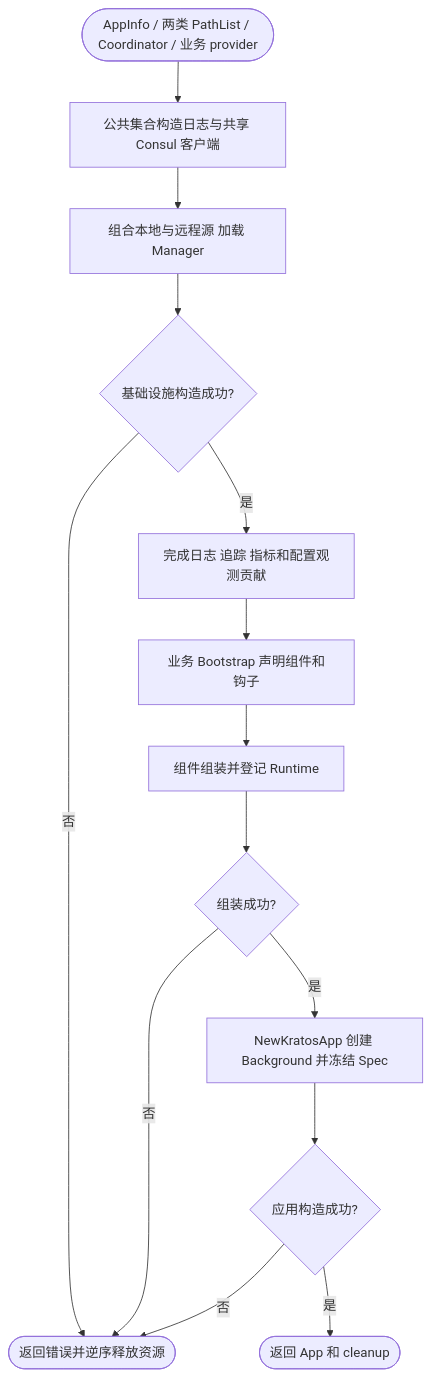
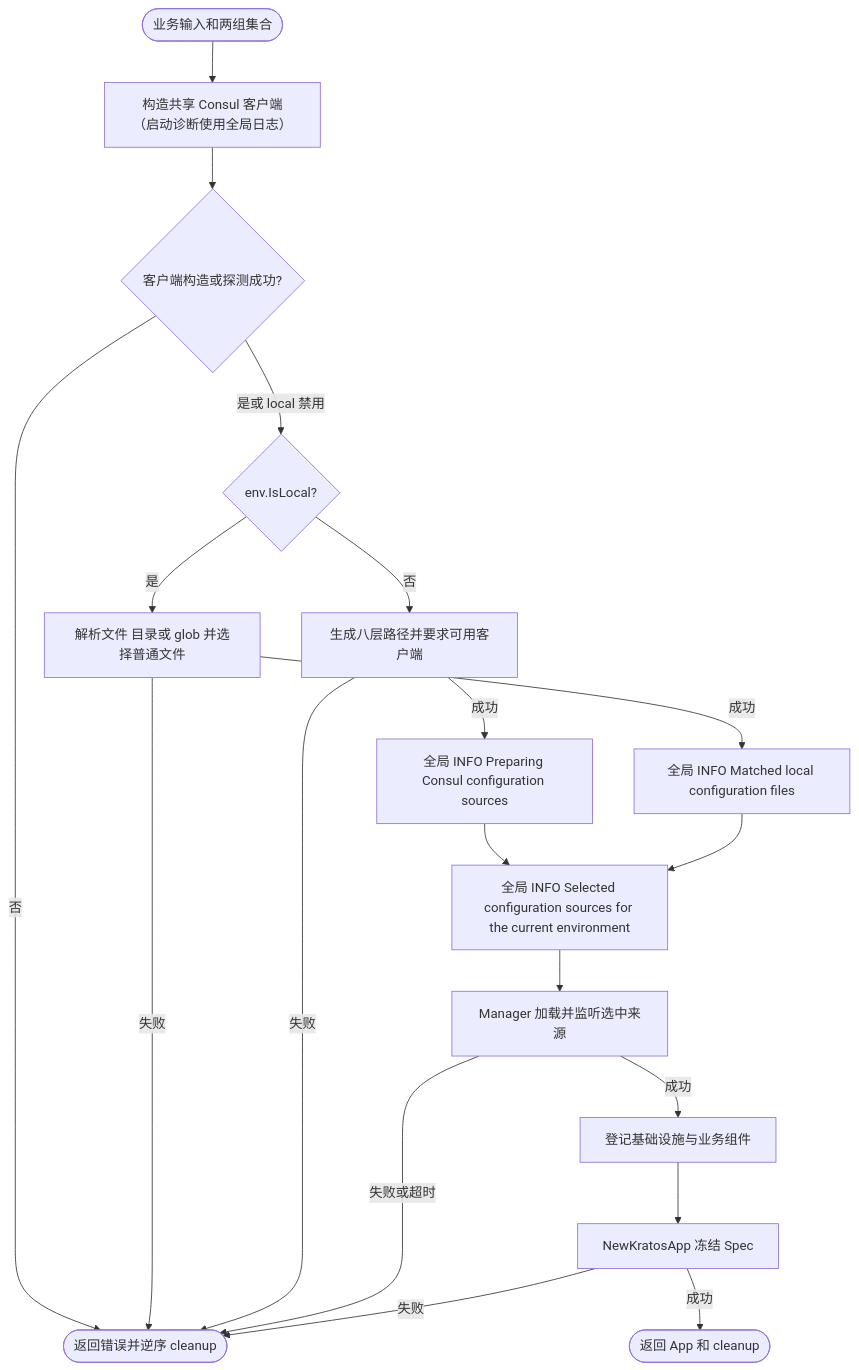
One commit to jaggerzhuang1994/kratos-foundation changed the sixth of 6 diagrams in pkg/bootstrap/README.md. Above: the diagram before and after it, drawn with Mermaid. The commit also changed other lines of this file and 96 other files, not shown here.

````diff
--- a/pkg/bootstrap/README.md
+++ b/pkg/bootstrap/README.md
@@ -316,16 +373,21 @@
 ```mermaid
 flowchart TD
-    A([AppInfo / 两类 PathList / Coordinator / 业务 provider]) --> B[公共集合构造日志与共享 Consul 客户端]
-    B --> C[组合本地与远程源 加载 Manager]
-    C --> D{基础设施构造成功?}
-    D -- 否 --> X([返回错误并逆序释放资源])
-    D -- 是 --> E[完成日志 追踪 指标和配置观测贡献]
-    E --> F[业务 Bootstrap 声明组件和钩子]
-    F --> G[组件组装并登记 Runtime]
-    G --> H{组装成功?}
-    H -- 否 --> X
-    H -- 是 --> I[NewKratosApp 创建 Background 并冻结 Spec]
-    I --> J{应用构造成功?}
-    J -- 否 --> X
-    J -- 是 --> K([返回 App 和 cleanup])
+    A([业务输入和两组集合]) --> B[构造共享 Consul 客户端（启动诊断使用全局日志）]
+    B --> C{客户端构造或探测成功?}
+    C -- 否 --> X([返回错误并逆序 cleanup])
+    C -- 是或 local 禁用 --> D{env.IsLocal?}
+    D -- 是 --> E[解析文件 目录或 glob 并选择普通文件]
+    D -- 否 --> F[生成八层路径并要求可用客户端]
+    E -- 失败 --> X
+    F -- 失败 --> X
+    E -- 成功 --> G[全局 INFO Matched local configuration files]
+    F -- 成功 --> R[全局 INFO Preparing Consul configuration sources]
+    R --> H
+    G --> H[全局 INFO Selected configuration sources for the current environment]
+    H --> I[Manager 加载并监听选中来源]
+    I -- 失败或超时 --> X
+    I -- 成功 --> J[登记基础设施与业务组件]
+    J --> K[NewKratosApp 冻结 Spec]
+    K -- 失败 --> X
+    K -- 成功 --> L([返回 App 和 cleanup])
 ```
````
